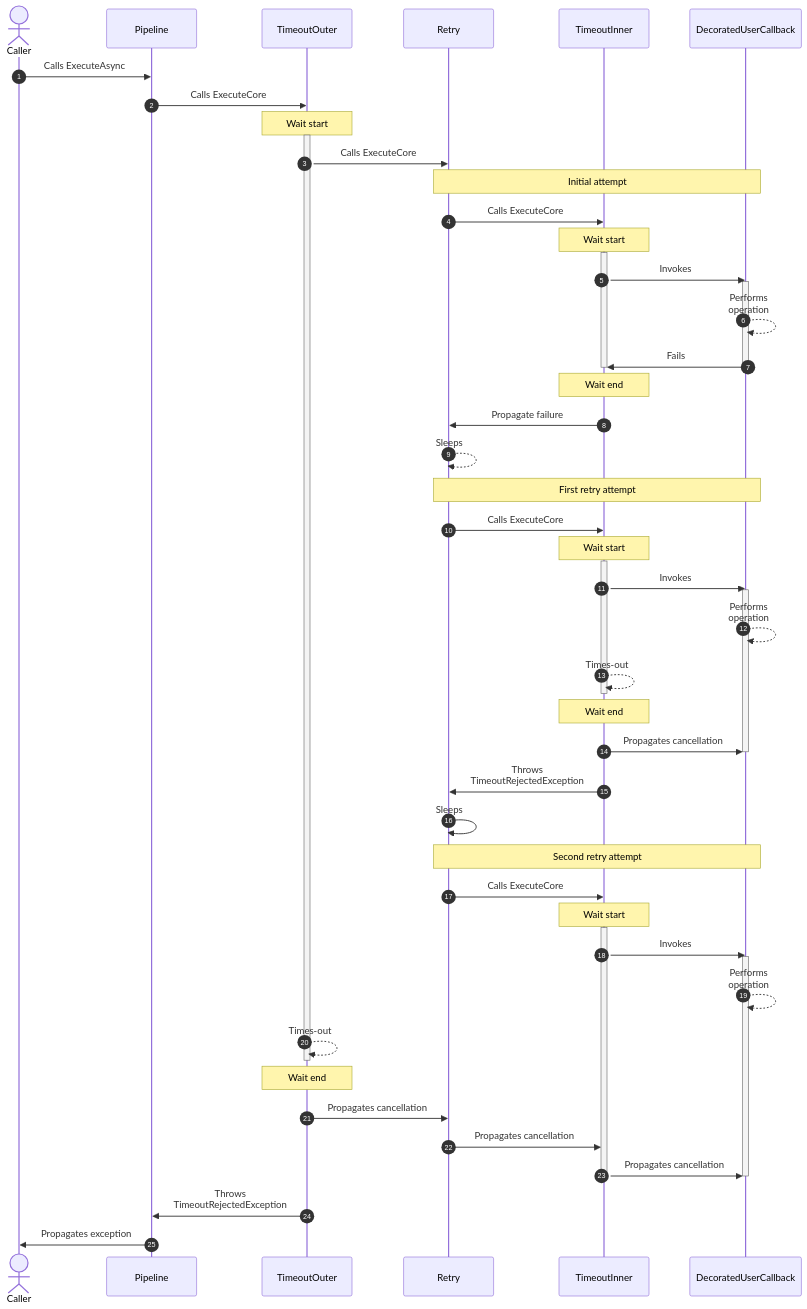
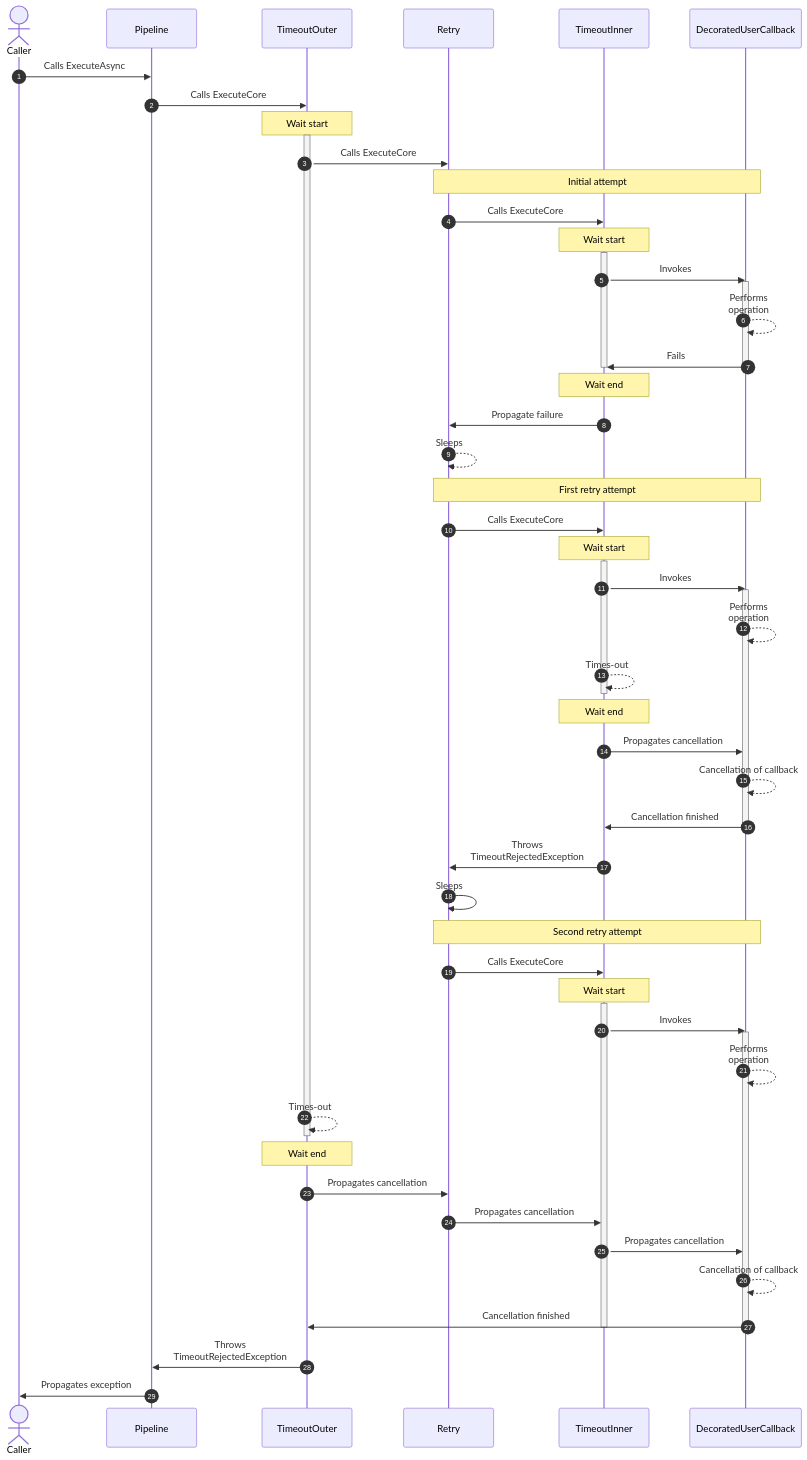
Before and after one commit to App-vNext/Polly: the third of 3 diagrams in docs/pipelines/index.md, drawn with Mermaid. The commit also changed other lines of this file and 2 other files, not shown here.

Commit message:
[Docs] Improve diagrams for hedging cancellation (#1975)

````diff
--- a/docs/pipelines/index.md
+++ b/docs/pipelines/index.md
@@ -310,63 +314,67 @@
 ```mermaid
 sequenceDiagram
     autonumber
     actor C as Caller
     participant P as Pipeline
     participant TO as TimeoutOuter
     participant R as Retry
     participant TI as TimeoutInner
     participant D as DecoratedUserCallback
 
     C->>P: Calls ExecuteAsync
     P->>TO: Calls ExecuteCore
     Note over TO: Wait start
     activate TO
 
     TO->>R: Calls ExecuteCore
     Note over R, D: Initial attempt
     R->>TI: Calls ExecuteCore
     Note over TI: Wait start
     activate TI
     TI->>D: Invokes
     activate D
     D-->>D: Performs <br/>operation
     D->>TI: Fails
     deactivate D
     deactivate TI
     Note over TI: Wait end
     TI->>R: Propagate failure
 
     R-->>R: Sleeps
     Note over R, D: First retry attempt
     R->>TI: Calls ExecuteCore
     Note over TI: Wait start
     activate TI
     TI->>D: Invokes
     activate D
     D-->>D: Performs <br/>operation
     TI-->>TI: Times-out
     deactivate TI
     Note over TI: Wait end
     TI->>D: Propagates cancellation
+    D-->>D: Cancellation of callback
+    D->>TI: Cancellation finished
     deactivate D
     TI->>R: Throws <br/>TimeoutRejectedException
 
     R->>R: Sleeps
      Note over R, D: Second retry attempt
     R->>TI: Calls ExecuteCore
     Note over TI: Wait start
     activate TI
     TI->>D: Invokes
     activate D
     D-->>D: Performs <br/>operation
     TO-->>TO: Times-out
     deactivate TO
     Note over TO: Wait end
     TO->>R: Propagates cancellation
     R->>TI: Propagates cancellation
     TI->>D: Propagates cancellation
+    D-->>D: Cancellation of callback
+    D->>TO: Cancellation finished
     deactivate TI
     deactivate D
     TO->>P: Throws <br/>TimeoutRejectedException
     P->>C: Propagates exception
 ```
````
